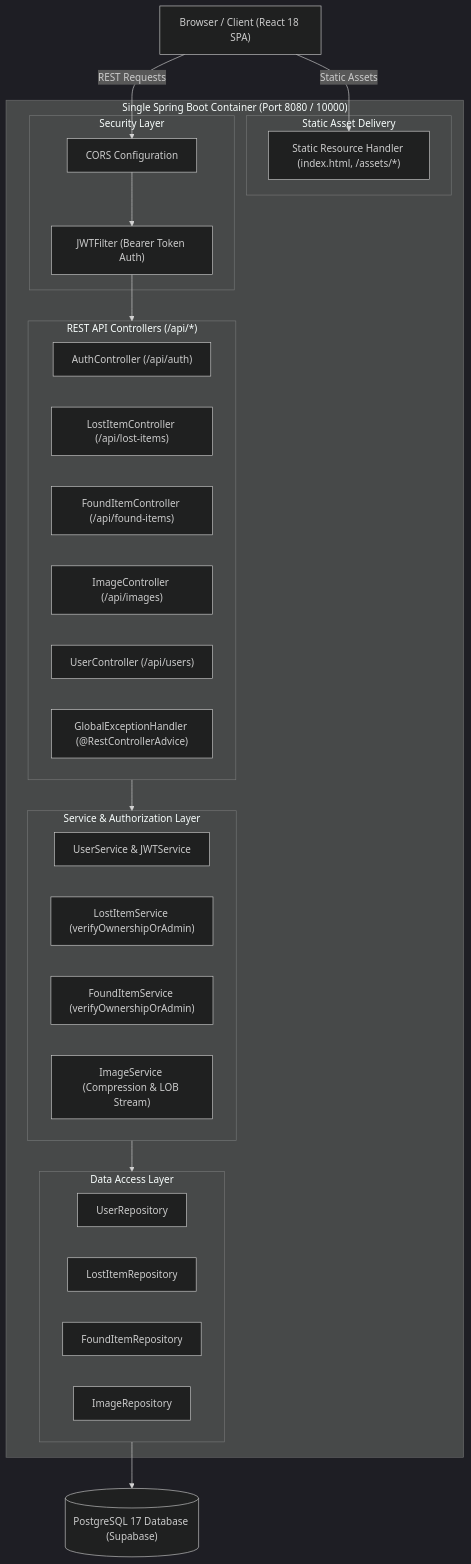
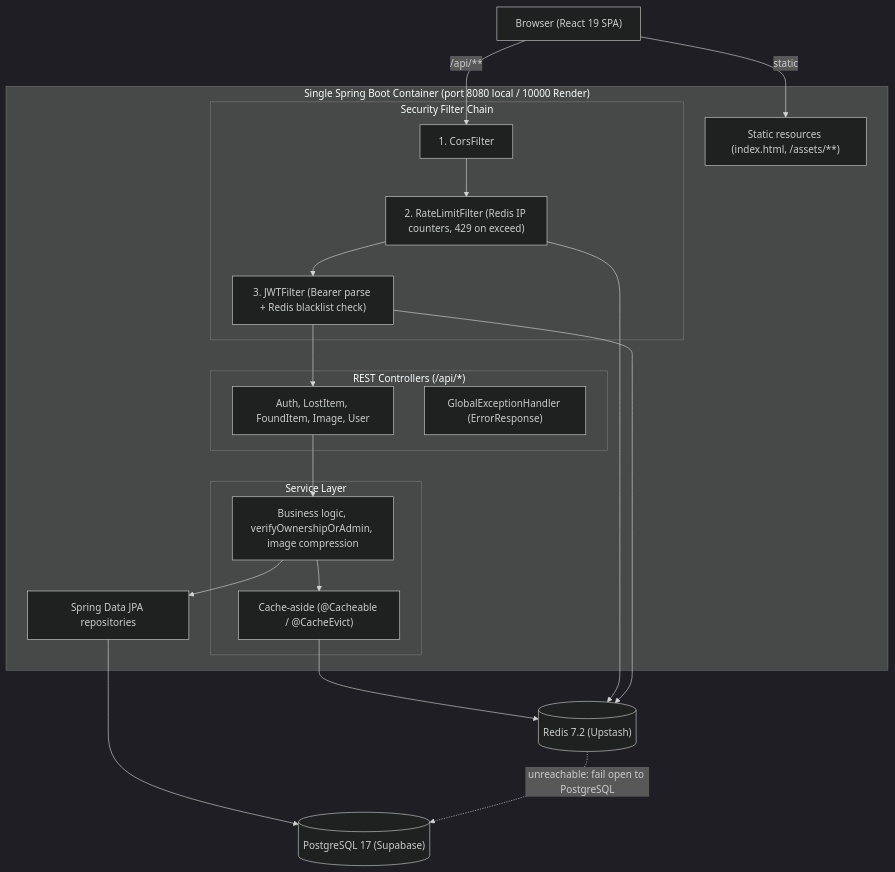
One commit to Naveenkus/Lost-Found-Portal changed the diagram in README.md. Above: the diagram before and after it, drawn with Mermaid (dark theme). The commit also changed other lines of this file, not shown here.

````diff
--- a/README.md
+++ b/README.md
@@ -75,48 +72,38 @@
 ```mermaid
 flowchart TD
-    Client["Browser / Client (React 18 SPA)"]
+    Client["Browser (React 19 SPA)"]
 
-    subgraph SingleContainer["Single Spring Boot Container (Port 8080 / 10000)"]
-        subgraph StaticHandler["Static Asset Delivery"]
-            UI["Static Resource Handler (index.html, /assets/*)"]
+    subgraph App["Single Spring Boot Container (port 8080 local / 10000 Render)"]
+        Static["Static resources (index.html, /assets/**)"]
+
+        subgraph Filters["Security Filter Chain"]
+            CORS["1. CorsFilter"]
+            RL["2. RateLimitFilter (Redis IP counters, 429 on exceed)"]
+            JWT["3. JWTFilter (Bearer parse + Redis blacklist check)"]
         end
 
-        subgraph SecurityFilter["Security Layer"]
-            CORS["CORS Configuration"]
-            JWT["JWTFilter (Bearer Token Auth)"]
+        subgraph Ctrl["REST Controllers (/api/*)"]
+            C["Auth, LostItem, FoundItem, Image, User"]
+            Advice["GlobalExceptionHandler (ErrorResponse)"]
         end
 
-        subgraph RESTControllers["REST API Controllers (/api/*)"]
-            Auth["AuthController (/api/auth)"]
-            Lost["LostItemController (/api/lost-items)"]
-            Found["FoundItemController (/api/found-items)"]
-            Img["ImageController (/api/images)"]
-            User["UserController (/api/users)"]
-            Advice["GlobalExceptionHandler (@RestControllerAdvice)"]
+        subgraph Svc["Service Layer"]
+            S["Business logic, verifyOwnershipOrAdmin, image compression"]
+            Cache["Cache-aside (@Cacheable / @CacheEvict)"]
         end
 
-        subgraph Services["Service & Authorization Layer"]
-            AuthService["UserService & JWTService"]
-            LostService["LostItemService (verifyOwnershipOrAdmin)"]
-            FoundService["FoundItemService (verifyOwnershipOrAdmin)"]
-            ImgService["ImageService (Compression & LOB Stream)"]
-        end
-
-        subgraph Repos["Data Access Layer"]
-            UserRepo["UserRepository"]
-            LostRepo["LostItemRepository"]
-            FoundRepo["FoundItemRepository"]
-            ImgRepo["ImageRepository"]
-        end
+        Repo["Spring Data JPA repositories"]
     end
 
-    DB[("PostgreSQL 17 Database (Supabase)")]
+    PG[("PostgreSQL 17 (Supabase)")]
+    RD[("Redis 7.2 (Upstash)")]
 
-    Client -->|Static Assets| UI
-    Client -->|REST Requests| CORS
-    CORS --> JWT
-    JWT --> RESTControllers
-    RESTControllers --> Services
-    Services --> Repos
-    Repos --> DB
+    Client -->|static| Static
+    Client -->|/api/**| CORS --> RL --> JWT --> C
+    C --> S --> Cache
+    S --> Repo --> PG
+    Cache --> RD
+    RL --> RD
+    JWT --> RD
+    RD -. "unreachable: fail open to PostgreSQL" .-> PG
 ```
````
